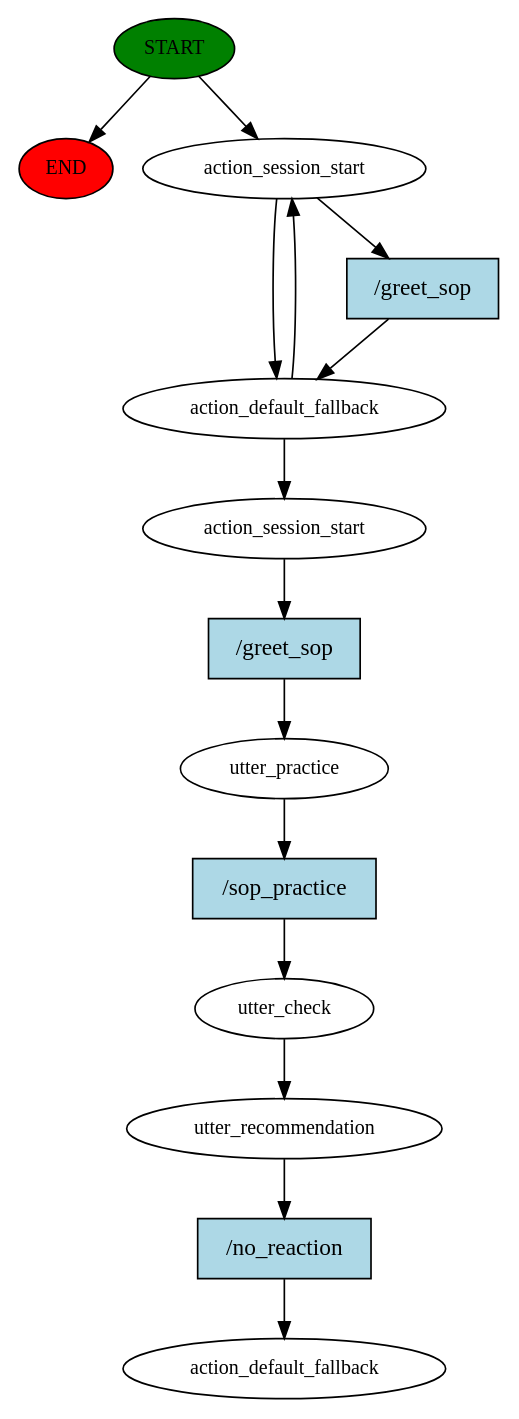
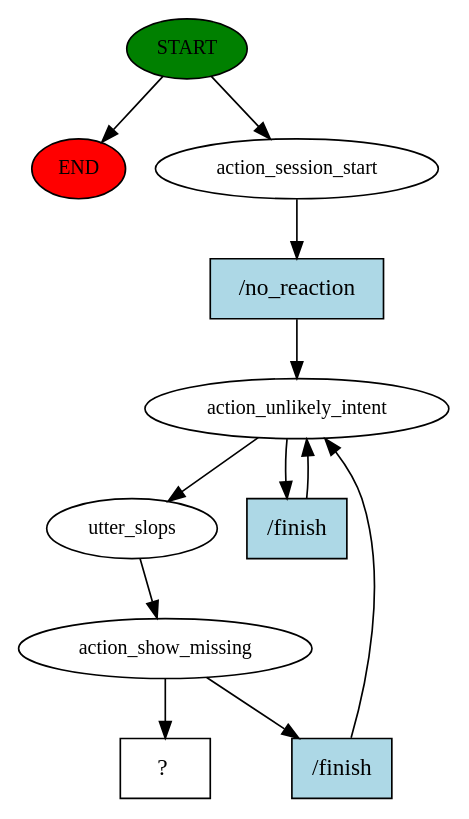
Before and after one commit to bas1to/reactive-rasa-chatbot: the diagram in story_graph.dot, drawn with Graphviz. The commit also changed 28 other files, not shown here.

```diff
--- a/story_graph.dot
+++ b/story_graph.dot
@@ -1,29 +1,23 @@
 digraph  {
 0 [class="start active", fillcolor=green, fontsize=12, label=START, style=filled];
 "-1" [class=end, fillcolor=red, fontsize=12, label=END, style=filled];
 1 [class=active, fontsize=12, label=action_session_start];
-2 [class=active, fontsize=12, label=action_default_fallback];
-5 [class=active, fontsize=12, label=action_session_start];
-6 [class=active, fontsize=12, label=utter_practice];
-7 [class=active, fontsize=12, label=utter_check];
-8 [class=active, fontsize=12, label=utter_recommendation];
-9 [class="dashed active", fontsize=12, label=action_default_fallback];
-10 [class="intent active", fillcolor=lightblue, label="/greet_sop", shape=rect, style=filled];
-11 [class="intent active", fillcolor=lightblue, label="/greet_sop", shape=rect, style=filled];
-12 [class="intent active", fillcolor=lightblue, label="/sop_practice", shape=rect, style=filled];
-13 [class="intent active", fillcolor=lightblue, label="/no_reaction", shape=rect, style=filled];
+2 [class=active, fontsize=12, label=action_unlikely_intent];
+4 [class=active, fontsize=12, label=utter_slops];
+5 [class=active, fontsize=12, label=action_show_missing];
+9 [class="intent dashed active", label="  ?  ", shape=rect];
+10 [class="intent active", fillcolor=lightblue, label="/no_reaction", shape=rect, style=filled];
+11 [class="intent active", fillcolor=lightblue, label="/finish", shape=rect, style=filled];
+12 [class="intent active", fillcolor=lightblue, label="/finish", shape=rect, style=filled];
 0 -> "-1"  [class="", key=NONE, label=""];
 0 -> 1  [class=active, key=NONE, label=""];
-1 -> 2  [class=active, key=NONE, label=""];
 1 -> 10  [class=active, key=0];
-2 -> 1  [class=active, key=NONE, label=""];
-2 -> 5  [class=active, key=NONE, label=""];
-5 -> 11  [class=active, key=0];
-6 -> 12  [class=active, key=0];
-7 -> 8  [class=active, key=NONE, label=""];
-8 -> 13  [class=active, key=0];
+2 -> 4  [class=active, key=NONE, label=""];
+2 -> 11  [class=active, key=0];
+4 -> 5  [class=active, key=NONE, label=""];
+5 -> 9  [class=active, key=NONE, label=""];
+5 -> 12  [class=active, key=0];
 10 -> 2  [class=active, key=0];
-11 -> 6  [class=active, key=0];
-12 -> 7  [class=active, key=0];
-13 -> 9  [class=active, key=0];
+11 -> 2  [class=active, key=0];
+12 -> 2  [class=active, key=0];
 }
```
